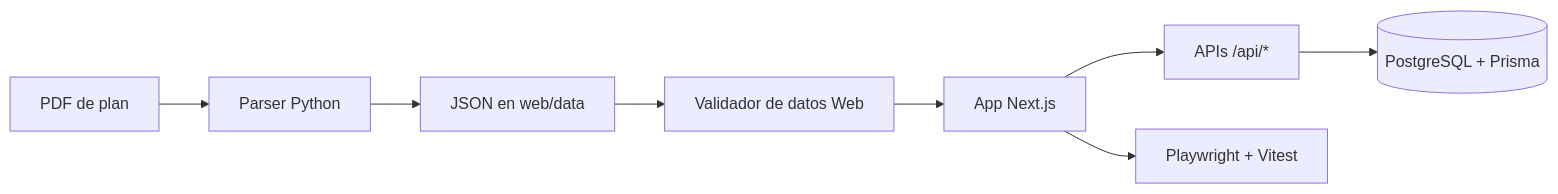
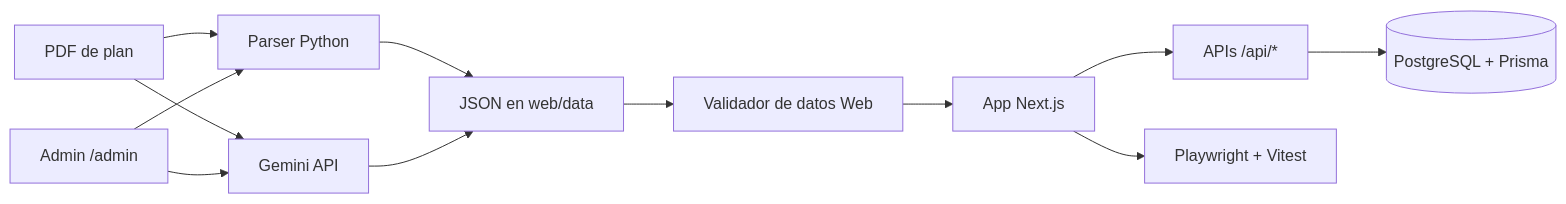
One commit to candela-ledesma/uns-correlativas-web changed the diagram in README.md. Above: the diagram before and after it, drawn with Mermaid. The commit also changed other lines of this file and 1 other file, not shown here.

Commit message:
docs: actualizar README con estructura, endpoints y flujo del panel admin

````diff
--- a/README.md
+++ b/README.md
@@ -19,10 +19,14 @@
 ```mermaid
 flowchart LR
-  A[PDF de plan] --> B[Parser Python]
-  B --> C[JSON en web/data]
+  A[PDF de plan] --> B1[Parser Python]
+  A --> B2[Gemini API]
+  B1 --> C[JSON en web/data]
+  B2 --> C
   C --> D[Validador de datos Web]
   D --> E[App Next.js]
   E --> F[APIs /api/*]
   F --> G[(PostgreSQL + Prisma)]
   E --> H[Playwright + Vitest]
+  I[Admin /admin] --> B1
+  I --> B2
 ```
````
